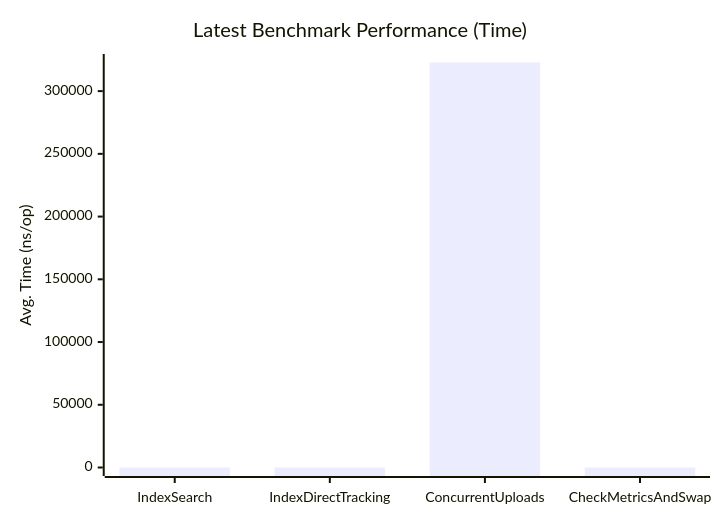
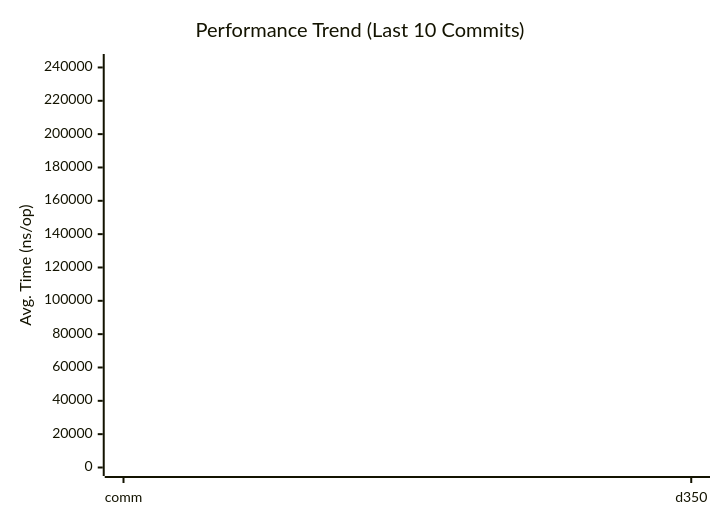
Before and after one commit to alsotoes/momo: the diagram in doc/README.md, drawn with Mermaid. The commit also changed other lines of this file and 1 other file, not shown here.

Commit message:
docs: update benchmark results in README

````diff
--- a/doc/README.md
+++ b/doc/README.md
@@ -291,8 +291,11 @@
 ```mermaid
 xychart-beta
-    title "Latest Benchmark Performance (Time)"
-    x-axis "Benchmark"
+    title "Performance Trend (Last 10 Commits)"
+    x-axis "Commit"
     y-axis "Avg. Time (ns/op)"
-    x-axis ["IndexSearch", "IndexDirectTracking", "ConcurrentUploads", "CheckMetricsAndSwap"]
-    bar [3, 0, 322813, 8]
+    x-axis [comm,d350]
+    line "CheckMetricsAndSwap" [8]
+    line "ConcurrentUploads" [242974]
+    line "IndexDirectTracking" [0]
+    line "IndexSearch" [3]
 ```
````
